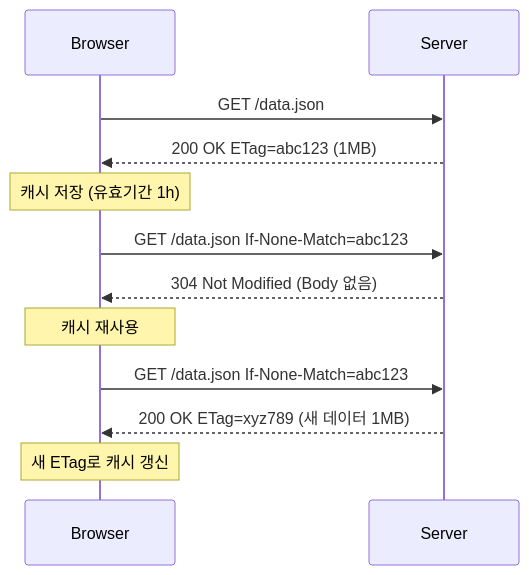
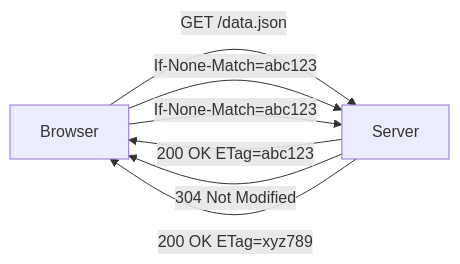
One commit to yjkim2015/yjkim2015.github.io changed the first of 2 diagrams in _posts/http/2021-02-24-http-10.md. Above: the diagram before and after it, drawn with Mermaid. The commit also changed 9 other files, not shown here.

````diff
--- a/_posts/http/2021-02-24-http-10.md
+++ b/_posts/http/2021-02-24-http-10.md
@@ -95,14 +95,9 @@
 ```mermaid
-sequenceDiagram
-    participant C as Browser
-    participant S as Server
-    C->>S: GET /data.json
-    S-->>C: 200 OK ETag=abc123 (1MB)
-    Note over C: 캐시 저장 (유효기간 1h)
-    C->>S: GET /data.json If-None-Match=abc123
-    S-->>C: 304 Not Modified (Body 없음)
-    Note over C: 캐시 재사용
-    C->>S: GET /data.json If-None-Match=abc123
-    S-->>C: 200 OK ETag=xyz789 (새 데이터 1MB)
-    Note over C: 새 ETag로 캐시 갱신
+graph LR
+    C["Browser"] -->|"GET /data.json"| S["Server"]
+    S -->|"200 OK ETag=abc123"| C
+    C -->|"If-None-Match=abc123"| S
+    S -->|"304 Not Modified"| C
+    C -->|"If-None-Match=abc123"| S
+    S -->|"200 OK ETag=xyz789"| C
 ```
````
